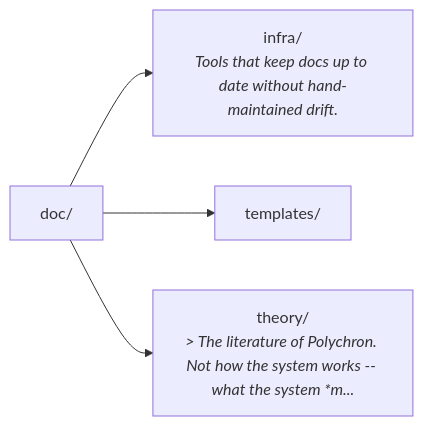
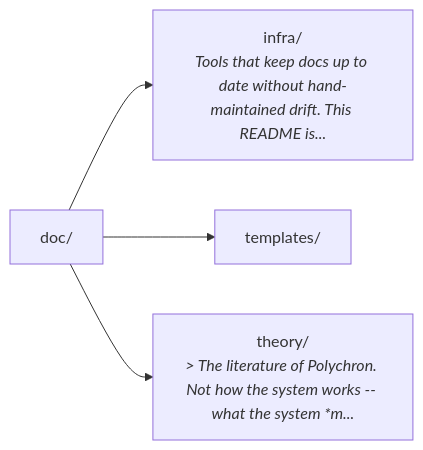
The third of 7 diagrams in README.md (PolychronMidi/Polychron), drawn with Mermaid before and after one commit. The commit also changed other lines of this file and 3 other files, not shown here.

````diff
--- a/README.md
+++ b/README.md
@@ -90,10 +92,10 @@
 ```mermaid
 flowchart LR
     doc["doc/"]
-    doc__infra["infra/<br/><i>Tools that keep docs up to date without hand-maintained drift.</i>"]
+    doc__infra["infra/<br/><i>Tools that keep docs up to date without hand-maintained drift. This README is...</i>"]
     doc__templates["templates/"]
     doc__theory["theory/<br/><i>> The literature of Polychron. Not how the system works -- what the system *m...</i>"]
     doc --> doc__infra
     doc --> doc__templates
     doc --> doc__theory
 ```
````
